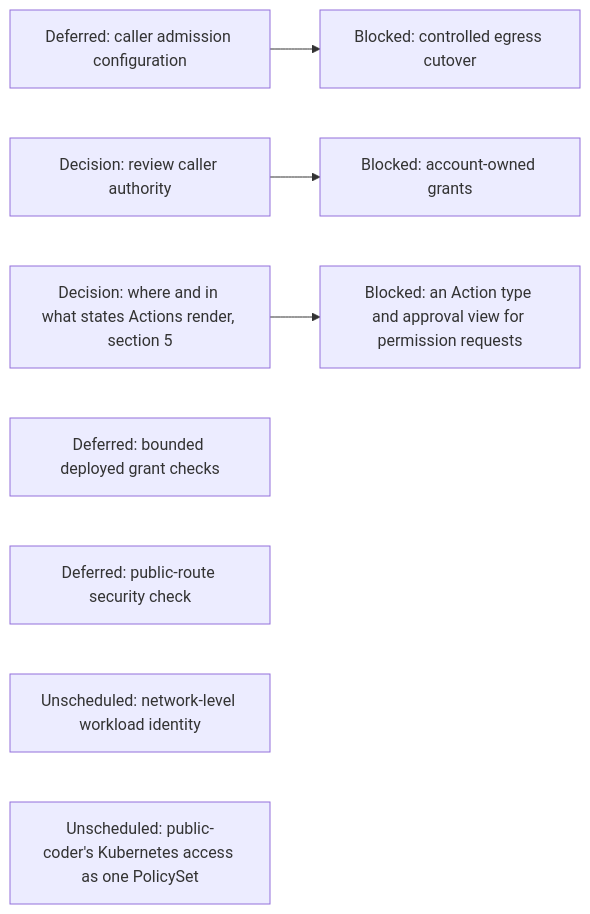
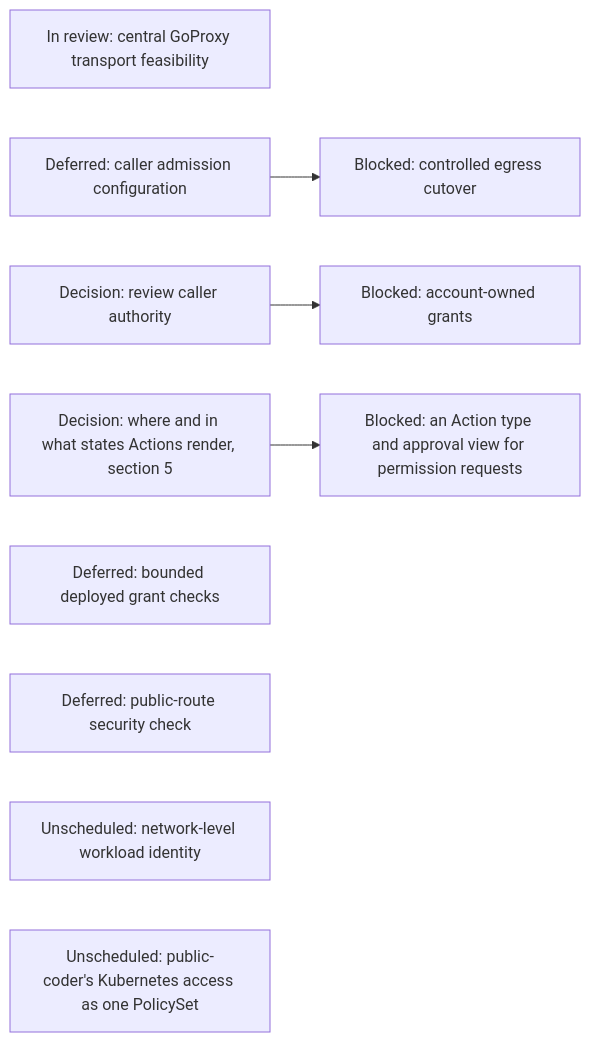
One commit to agentydragon/ducktape changed the ninth of 16 diagrams in agentplane/plans/task_dag.md. Above: the diagram before and after it, drawn with Mermaid. The commit also changed other lines of this file and 2 other files, not shown here.

Commit message:
docs(egress): record passing GoProxy spike and bounded recommendation

````diff
--- a/agentplane/plans/task_dag.md
+++ b/agentplane/plans/task_dag.md
@@ -760,12 +760,13 @@
 ```mermaid
 flowchart LR
+    GOPROXY_SPIKE[In review: central GoProxy transport feasibility]
     PC_EGRESS_CREDENTIALS[Deferred: caller admission configuration] --> PC_EGRESS[Blocked: controlled egress cutover]
     CLAUDE_AI_SA[Decision: review caller authority] --> MANAGED_SA_RBAC[Blocked: account-owned grants]
     AGENT_PERMISSION_REQUESTS[Blocked: an Action type and approval view for permission requests]
     ACTION_SURFACES_DESIGN[Decision: where and in what states Actions render, section 5]
     ACTION_SURFACES_DESIGN --> AGENT_PERMISSION_REQUESTS
     SANDBOX_RBAC[Deferred: bounded deployed grant checks]
     NOTIFICATION_INGRESS_BOUNDARY[Deferred: public-route security check]
     NETWORK_WORKLOAD_IDENTITY[Unscheduled: network-level workload identity]
     PC_KUBERNETES_POLICY_SET[Unscheduled: public-coder's Kubernetes access as one PolicySet]
 ```
````
